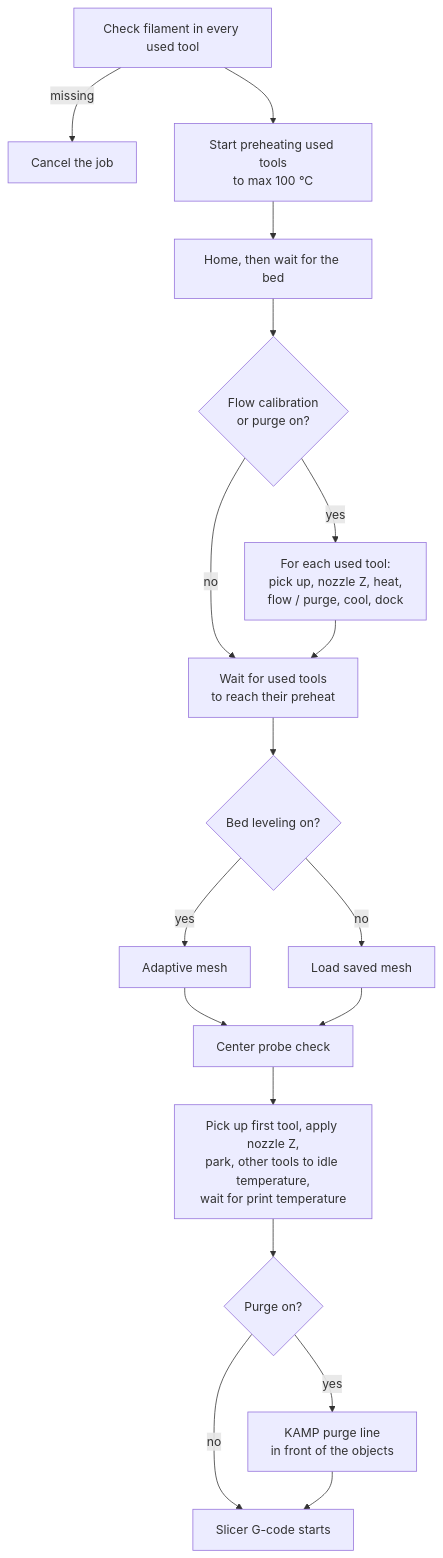
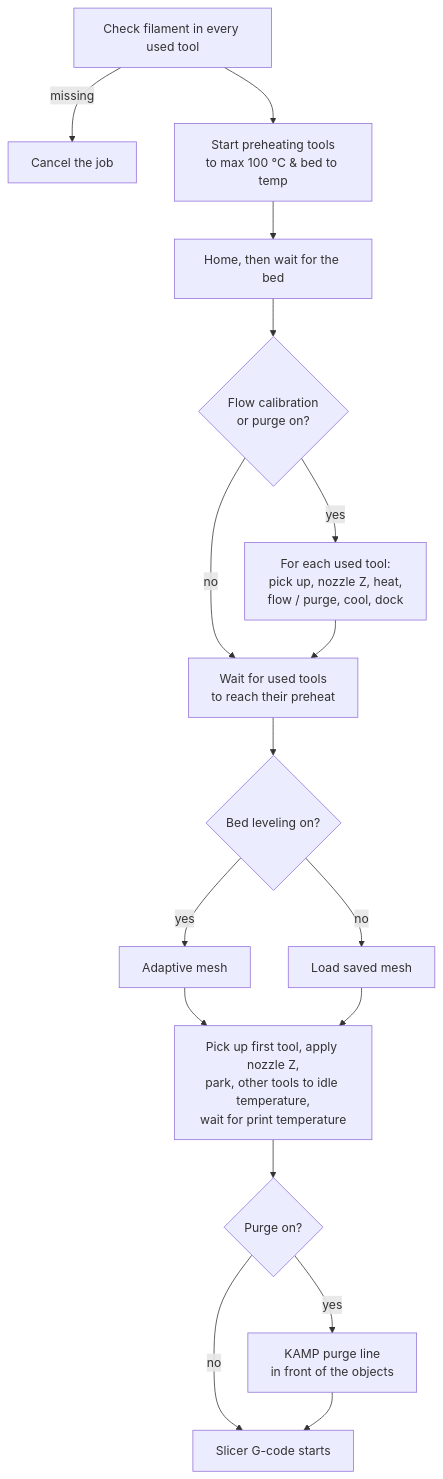
The diagram in docs/print-workflow.md (FlashForge-C5-Modding-Group/OpenCreator), drawn with Mermaid before and after one commit. The commit also changed 8 other files, not shown here.

````diff
--- a/docs/print-workflow.md
+++ b/docs/print-workflow.md
@@ -30,20 +30,19 @@
 ```mermaid
 flowchart TD
   A[Check filament in every used tool] -->|missing| X[Cancel the job]
-  A --> C[Start preheating used tools<br/>to max 100 °C]
+  A --> C[Start preheating tools<br/>to max 100 °C & bed to temp]
   C --> B[Home, then wait for the bed]
   B --> D{Flow calibration<br/>or purge on?}
   D -->|yes| E[For each used tool:<br/>pick up, nozzle Z, heat,<br/>flow / purge, cool, dock]
   D -->|no| W
   E --> W[Wait for used tools<br/>to reach their preheat]
   W --> F{Bed leveling on?}
   F -->|yes| G[Adaptive mesh]
   F -->|no| H[Load saved mesh]
-  G --> I[Center probe check]
+  G --> I[Pick up first tool, apply nozzle Z,<br/>park, other tools to idle temperature,<br/>wait for print temperature]
   H --> I
-  I --> J[Pick up first tool, apply nozzle Z,<br/>park, other tools to idle temperature,<br/>wait for print temperature]
-  J --> L{Purge on?}
-  L -->|yes| M[KAMP purge line<br/>in front of the objects]
-  L -->|no| K
-  M --> K[Slicer G-code starts]
+  I --> J{Purge on?}
+  J -->|yes| M[KAMP purge line<br/>in front of the objects]
+  J -->|no| O
+  M --> O[Slicer G-code starts]
 ```
````
